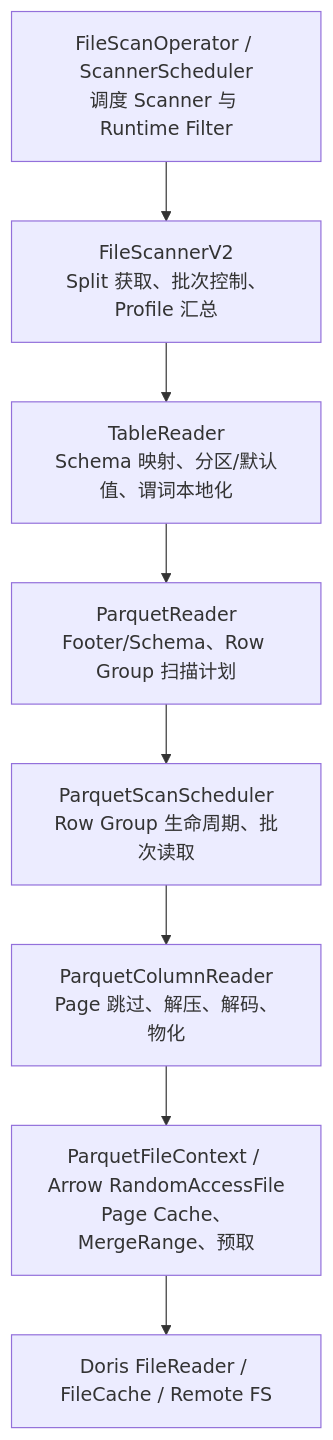
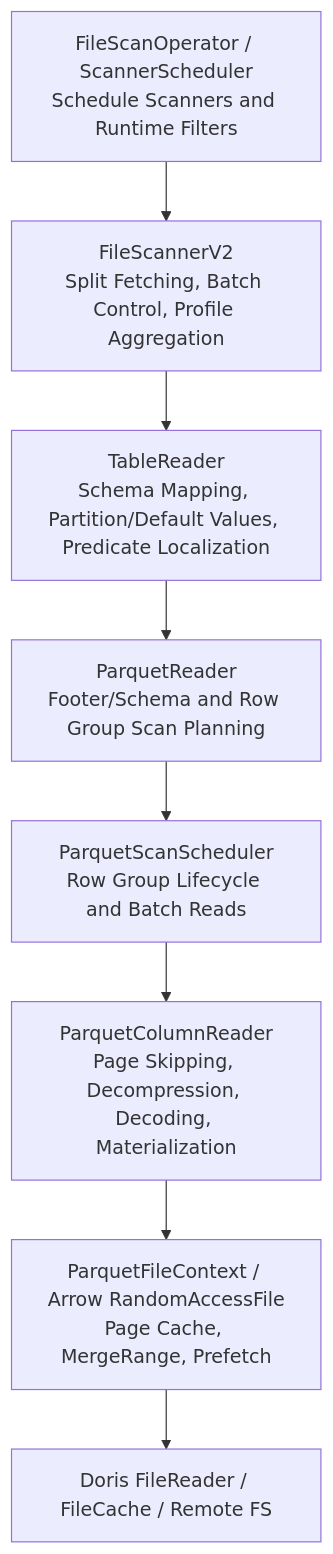
One commit to apache/doris changed the first of 13 diagrams in docs/file-scanner-v2-parquet-scan-design.md. Above: the diagram before and after it, drawn with Mermaid. The commit also changed other lines of this file and 1 other file, not shown here.

First line of the commit message:
[doc](be) Translate FileScannerV2 design docs

````diff
--- a/docs/file-scanner-v2-parquet-scan-design.md
+++ b/docs/file-scanner-v2-parquet-scan-design.md
@@ -28,10 +37,10 @@
 ```mermaid
 flowchart TB
-  A[FileScanOperator / ScannerScheduler<br>调度 Scanner 与 Runtime Filter] --> B[FileScannerV2<br>Split 获取、批次控制、Profile 汇总]
-  B --> C[TableReader<br>Schema 映射、分区/默认值、谓词本地化]
-  C --> D[ParquetReader<br>Footer/Schema、Row Group 扫描计划]
-  D --> E[ParquetScanScheduler<br>Row Group 生命周期、批次读取]
-  E --> F[ParquetColumnReader<br>Page 跳过、解压、解码、物化]
-  F --> G[ParquetFileContext / Arrow RandomAccessFile<br>Page Cache、MergeRange、预取]
+  A[FileScanOperator / ScannerScheduler<br>Schedule Scanners and Runtime Filters] --> B[FileScannerV2<br>Split Fetching, Batch Control, Profile Aggregation]
+  B --> C[TableReader<br>Schema Mapping, Partition/Default Values, Predicate Localization]
+  C --> D[ParquetReader<br>Footer/Schema and Row Group Scan Planning]
+  D --> E[ParquetScanScheduler<br>Row Group Lifecycle and Batch Reads]
+  E --> F[ParquetColumnReader<br>Page Skipping, Decompression, Decoding, Materialization]
+  F --> G[ParquetFileContext / Arrow RandomAccessFile<br>Page Cache, MergeRange, Prefetch]
   G --> H[Doris FileReader / FileCache / Remote FS]
 ```
````
